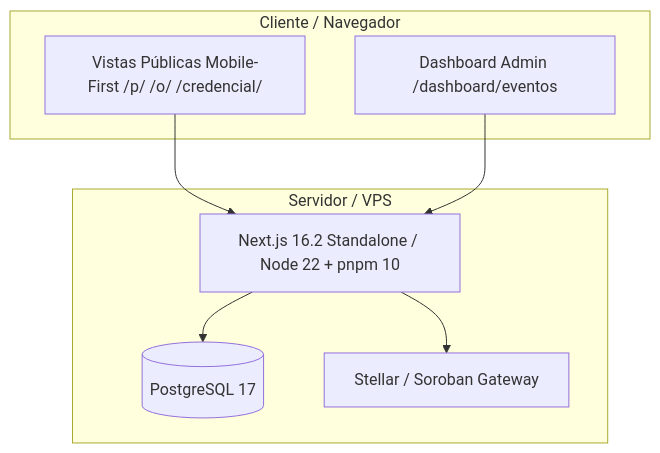
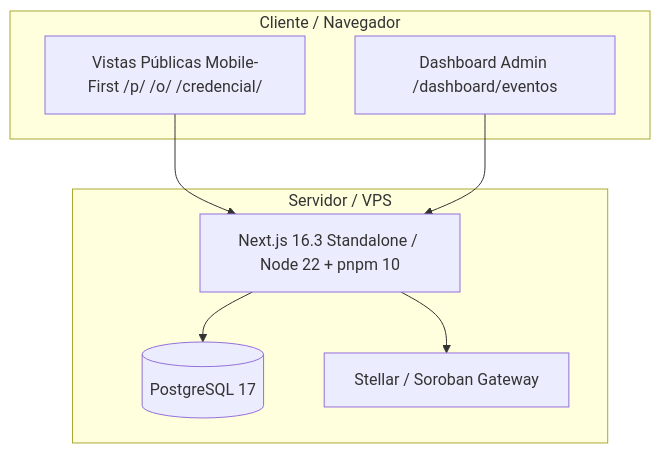
One commit to viniciorm/culturago-stellar changed the diagram in README.md. Above: the diagram before and after it, drawn with Mermaid. The commit also changed other lines of this file and 2 other files, not shown here.

````diff
--- a/README.md
+++ b/README.md
@@ -9,18 +9,18 @@
 ```mermaid
 graph TD
     subgraph Cliente / Navegador
         Public[Vistas Públicas Mobile-First /p/ /o/ /credencial/]
         AdminUI[Dashboard Admin /dashboard/eventos]
     end
 
     subgraph Servidor / VPS
-        NextApp[Next.js 16.2 Standalone / Node 22 + pnpm 10]
+        NextApp[Next.js 16.3 Standalone / Node 22 + pnpm 10]
         PostgreSQL[(PostgreSQL 17)]
         StellarModule[Stellar / Soroban Gateway]
     end
 
     Public --> NextApp
     AdminUI --> NextApp
     NextApp --> PostgreSQL
     NextApp --> StellarModule
 ```
````
